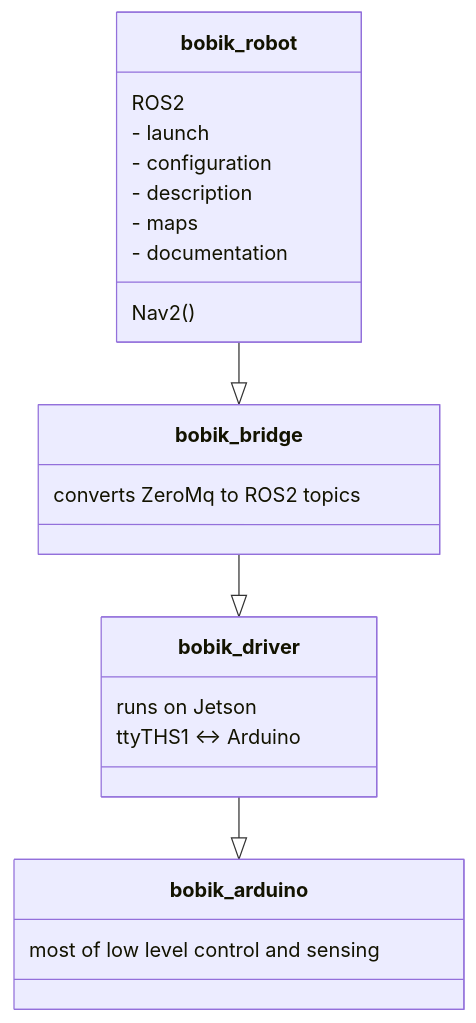
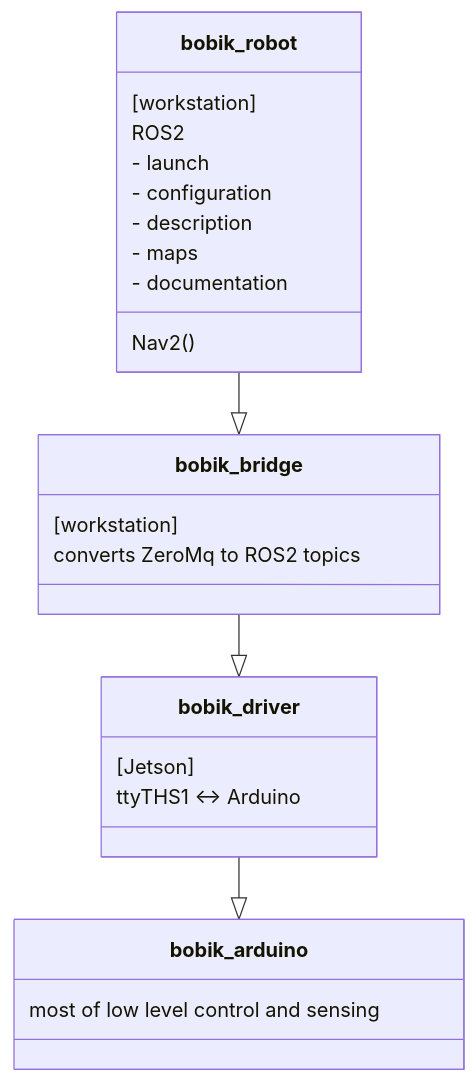
Before and after one commit to slesinger/bobik_robot: the diagram in README.md, drawn with Mermaid. The commit also changed other lines of this file, not shown here.

````diff
--- a/README.md
+++ b/README.md
@@ -11,28 +11,30 @@
 ```mermaid
 classDiagram
     bobik_robot --|> bobik_bridge
     bobik_bridge --|> bobik_driver
     bobik_driver --|> bobik_arduino
 
     class bobik_robot {
+        [workstation]
         ROS2
         - launch
         - configuration
         - description
         - maps
         - documentation
         Nav2()
     }
     class bobik_bridge {
+        [workstation]
         converts ZeroMq to ROS2 topics
     }
     class bobik_driver {
-        runs on Jetson
+        [Jetson]
         ttyTHS1 <-> Arduino
     }
     class bobik_arduino {
         most of low level control and sensing
     }
 
 
 ```
````
